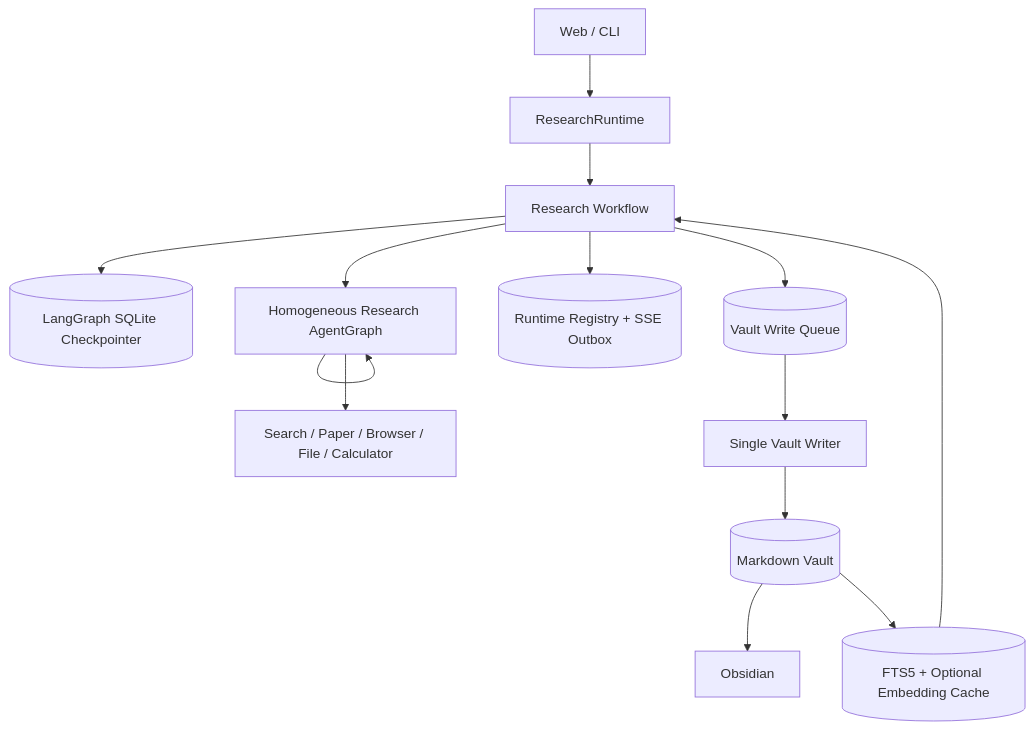
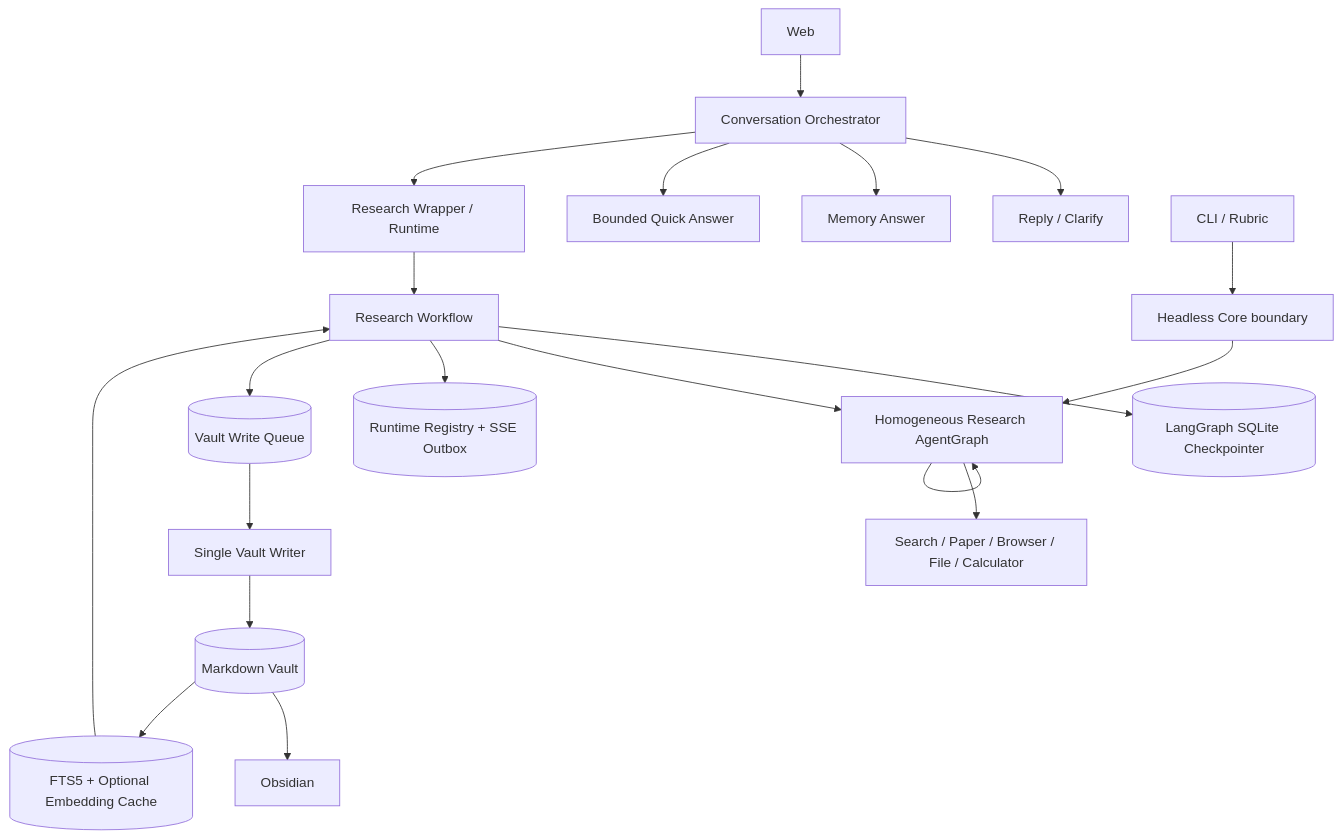
Before and after one commit to boluodaixue/paperpilot: the diagram in docs/ARCHITECTURE.md, drawn with Mermaid. The commit also changed other lines of this file and 5 other files, not shown here.

````diff
--- a/docs/ARCHITECTURE.md
+++ b/docs/ARCHITECTURE.md
@@ -19,16 +22,22 @@
 ```mermaid
 flowchart TB
-    UI[Web / CLI] --> RT[ResearchRuntime]
+    WEB[Web] --> CO[Conversation Orchestrator]
+    CO --> CHAT[Reply / Clarify]
+    CO --> MA[Memory Answer]
+    CO --> QA[Bounded Quick Answer]
+    CO --> RT[Research Wrapper / Runtime]
+    CLI[CLI / Rubric] --> CORE[Headless Core boundary]
     RT --> WF[Research Workflow]
     WF --> CP[(LangGraph SQLite Checkpointer)]
     WF --> AG[Homogeneous Research AgentGraph]
+    CORE --> AG
     AG --> AG
     AG --> TOOLS[Search / Paper / Browser / File / Calculator]
     WF --> REG[(Runtime Registry + SSE Outbox)]
     WF --> Q[(Vault Write Queue)]
     Q --> WRITER[Single Vault Writer]
     WRITER --> VAULT[(Markdown Vault)]
     VAULT --> OBS[Obsidian]
     VAULT --> IDX[(FTS5 + Optional Embedding Cache)]
     IDX --> WF
 ```
````
